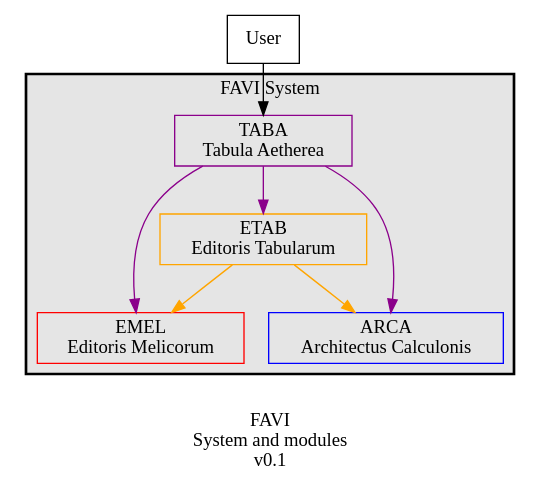
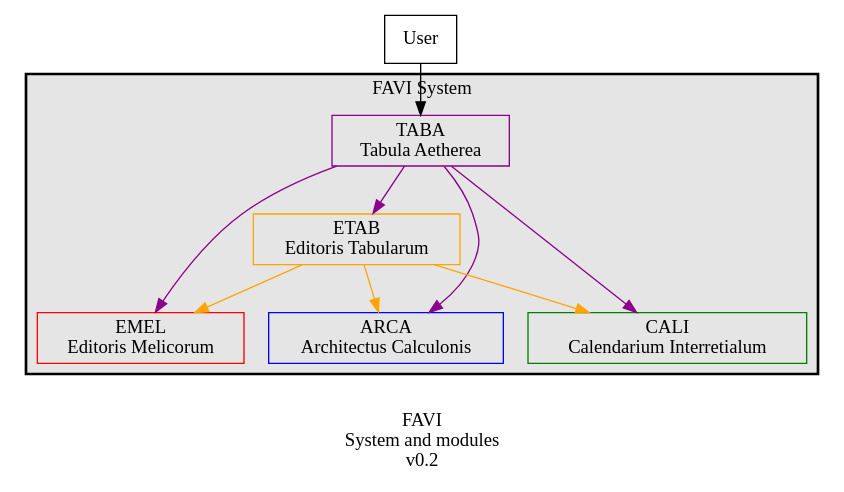
Before and after one commit to guild-st-isidore-TO/fabrica-virtualis: the diagram in static/design/favi-system.dot, drawn with Graphviz. The commit also changed 2 other files, not shown here.

```diff
--- a/static/design/favi-system.dot
+++ b/static/design/favi-system.dot
@@ -1,29 +1,32 @@
 digraph {
-    label = "\nFAVI\nSystem and modules\nv0.1";
+    label = "\nFAVI\nSystem and modules\nv0.2";
     node [shape = box;];
     
     user -> tabulaAetherea;
     
     subgraph cluster_0 {
         label = "FAVI System";
         color = black;
         bgcolor = grey90;
         penwidth = 2;
         node [bgcolor = white;];
         
         tabulaAetherea -> editorisMelicorum [color = darkmagenta;];
         tabulaAetherea -> editorisTabularum [color = darkmagenta;];
         tabulaAetherea -> architectusCalculonis [color = darkmagenta;];
+        tabulaAetherea -> calendariumIhterretialum [color = darkmagenta;];
         
         editorisTabularum -> editorisMelicorum [color = orange;];
         editorisTabularum -> architectusCalculonis [color = orange;];
+        editorisTabularum -> calendariumIhterretialum [color = orange;];
     }
     
     user [label = "User";];
     
     tabulaAetherea [label = "TABA\nTabula Aetherea";color = darkmagenta;];
     architectusCalculonis [label = "ARCA\nArchitectus Calculonis";color = blue;];
+    calendariumIhterretialum [label = "CALI\nCalendarium Interretialum";color = green;];
     
     editorisTabularum [label = "ETAB\nEditoris Tabularum";color = orange;];
     editorisMelicorum [label = "EMEL\nEditoris Melicorum";color = red;];
 }
```
